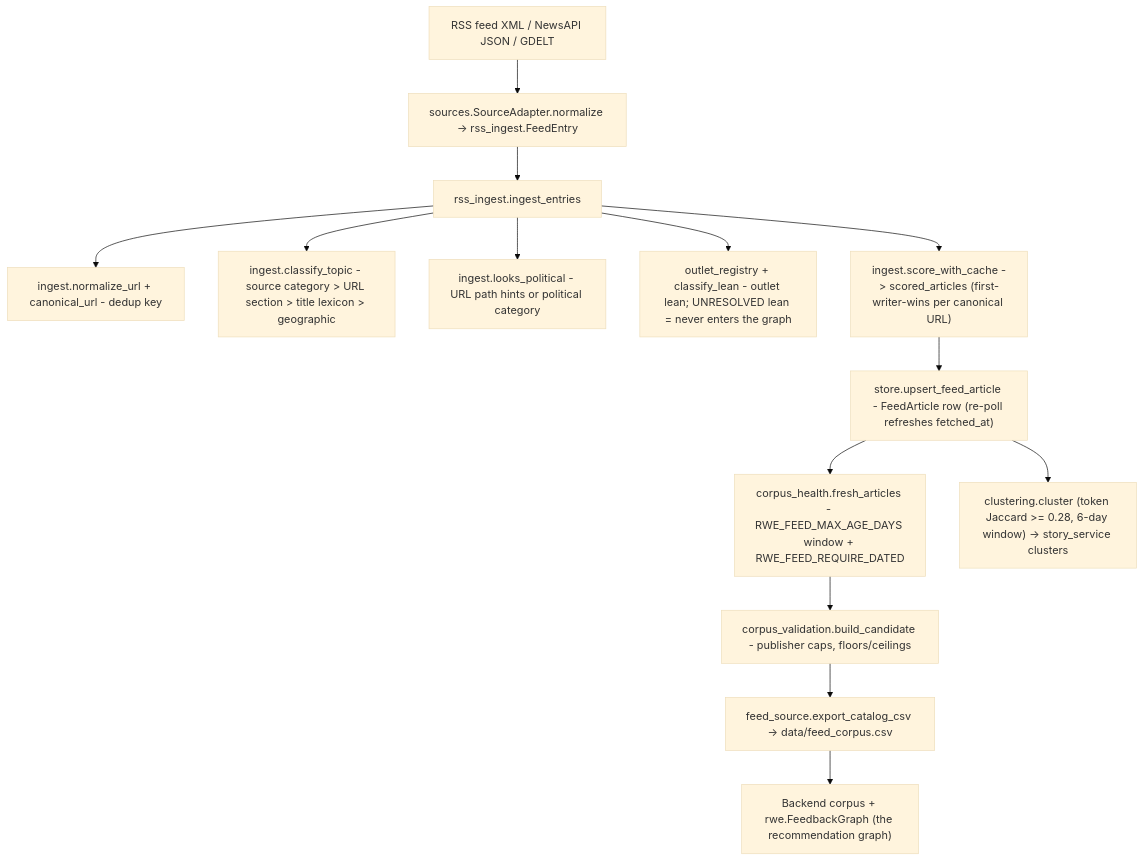
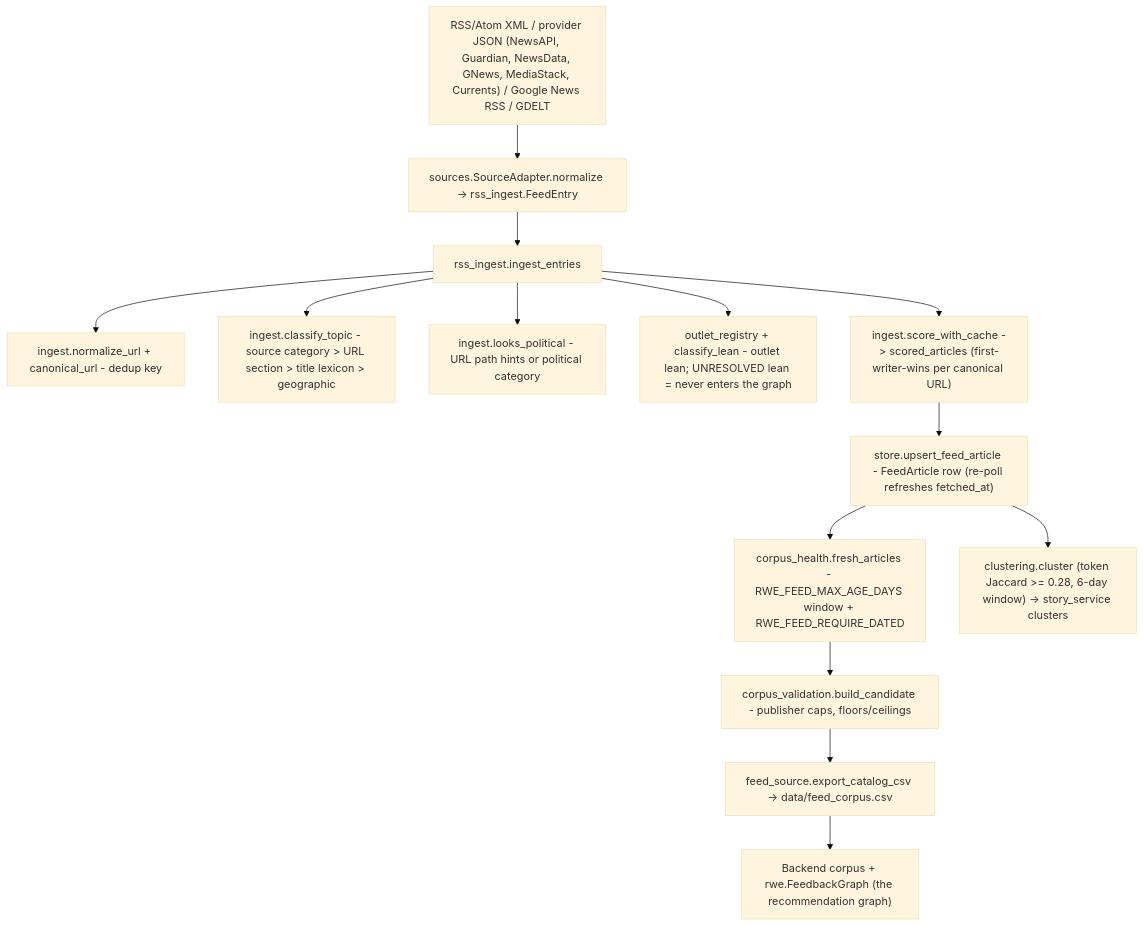
The third of 7 diagrams in docs/SYSTEM_ARCHITECTURE_GUIDE.md (greenwichg/random_walks_with_erasure), drawn with Mermaid (base theme) before and after one commit. The commit also changed other lines of this file and 9 other files, not shown here.

````diff
--- a/docs/SYSTEM_ARCHITECTURE_GUIDE.md
+++ b/docs/SYSTEM_ARCHITECTURE_GUIDE.md
@@ -81,16 +81,16 @@
 ```mermaid
 flowchart TD
-    F["RSS feed XML / NewsAPI JSON / GDELT"] --> AD["sources.SourceAdapter.normalize -> rss_ingest.FeedEntry"]
+    F["RSS/Atom XML / provider JSON (NewsAPI, Guardian, NewsData, GNews, MediaStack, Currents) / Google News RSS / GDELT"] --> AD["sources.SourceAdapter.normalize -> rss_ingest.FeedEntry"]
     AD --> IE["rss_ingest.ingest_entries"]
     IE --> N["ingest.normalize_url + canonical_url - dedup key"]
     IE --> CT["ingest.classify_topic - source category > URL section > title lexicon > geographic"]
     IE --> PF["ingest.looks_political - URL path hints or political category"]
     IE --> LEAN["outlet_registry + classify_lean - outlet lean; UNRESOLVED lean = never enters the graph"]
     IE --> SC["ingest.score_with_cache -> scored_articles (first-writer-wins per canonical URL)"]
     SC --> FA["store.upsert_feed_article - FeedArticle row (re-poll refreshes fetched_at)"]
     FA --> CH["corpus_health.fresh_articles - RWE_FEED_MAX_AGE_DAYS window + RWE_FEED_REQUIRE_DATED"]
     CH --> CV["corpus_validation.build_candidate - publisher caps, floors/ceilings"]
     CV --> CSV["feed_source.export_catalog_csv -> data/feed_corpus.csv"]
     CSV --> BG["Backend corpus + rwe.FeedbackGraph (the recommendation graph)"]
     FA --> CL["clustering.cluster (token Jaccard >= 0.28, 6-day window) -> story_service clusters"]
 ```
````
